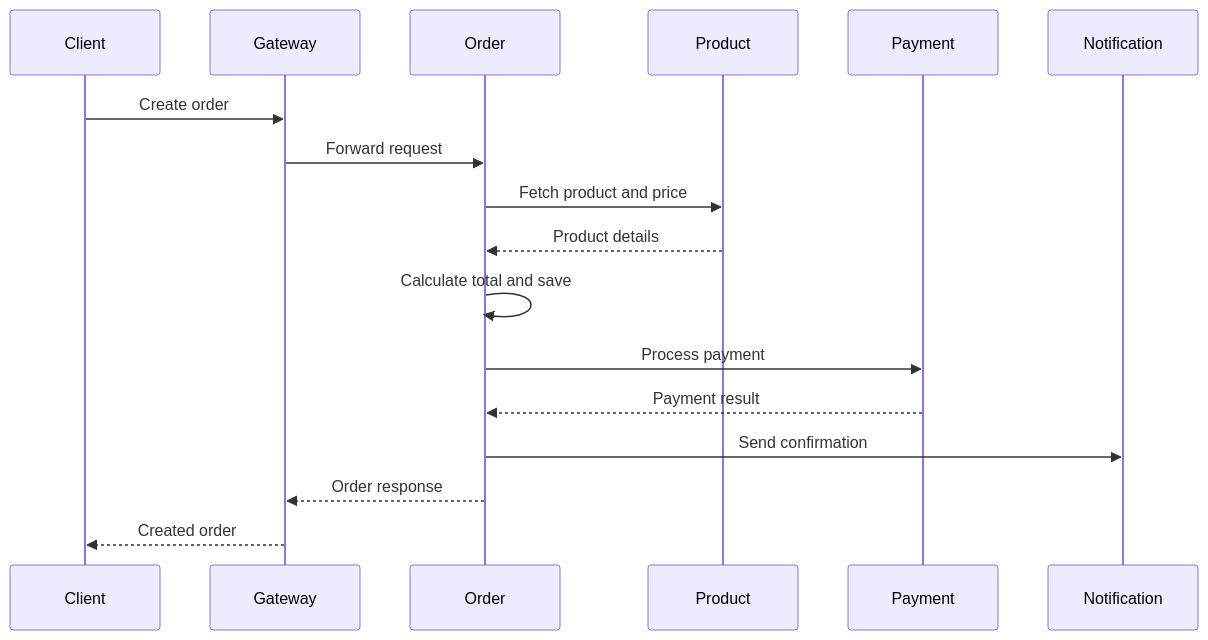
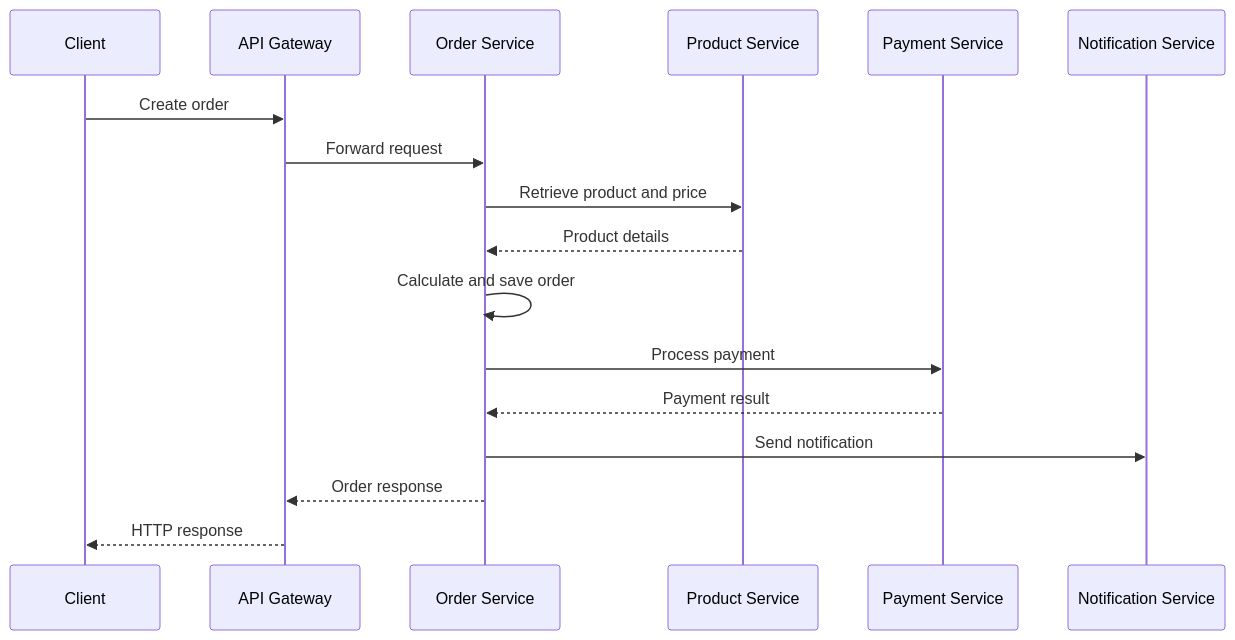
The second of 2 diagrams in README.md (Pratapkumara/enterprise-ecommerce-microservices-platform), drawn with Mermaid before and after one commit. The commit also changed other lines of this file and 6 other files, not shown here.

````diff
--- a/README.md
+++ b/README.md
@@ -95,20 +197,20 @@
 ```mermaid
 sequenceDiagram
-    participant Client
-    participant Gateway
-    participant Order
-    participant Product
-    participant Payment
-    participant Notification
+    participant C as Client
+    participant G as API Gateway
+    participant O as Order Service
+    participant P as Product Service
+    participant Pay as Payment Service
+    participant N as Notification Service
 
-    Client->>Gateway: Create order
-    Gateway->>Order: Forward request
-    Order->>Product: Fetch product and price
-    Product-->>Order: Product details
-    Order->>Order: Calculate total and save
-    Order->>Payment: Process payment
-    Payment-->>Order: Payment result
-    Order->>Notification: Send confirmation
-    Order-->>Gateway: Order response
-    Gateway-->>Client: Created order
+    C->>G: Create order
+    G->>O: Forward request
+    O->>P: Retrieve product and price
+    P-->>O: Product details
+    O->>O: Calculate and save order
+    O->>Pay: Process payment
+    Pay-->>O: Payment result
+    O->>N: Send notification
+    O-->>G: Order response
+    G-->>C: HTTP response
 ```
````
